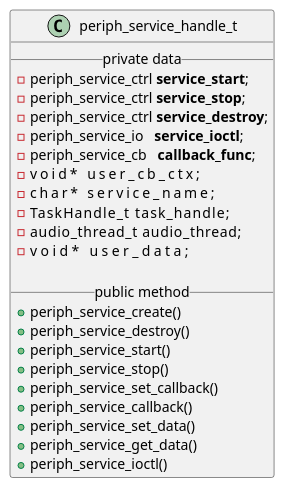
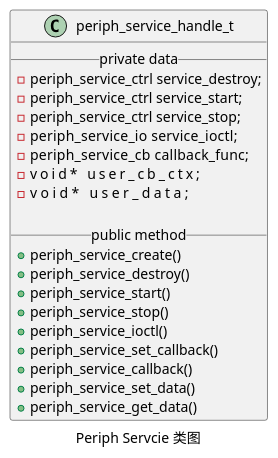
The first of 3 diagrams in docs/inside-dispatcher/periph_service.rst (liangzhu2008/learn-esp-adf), drawn with PlantUML before and after one commit. The commit also changed other lines of this file and 10 other files, not shown here.

Commit message:
为 periph_service 加入类图，序列图，流程说明，及与外设子服务的映射关系

```diff
--- a/docs/inside-dispatcher/periph_service.rst
+++ b/docs/inside-dispatcher/periph_service.rst
@@ -11,26 +26,25 @@
 .. uml::
+
+    caption Periph Servcie 类图
 
     class periph_service_handle_t {
         __ private data __
-        -periph_service_ctrl **service_start**;
-        -periph_service_ctrl **service_stop**;
-        -periph_service_ctrl **service_destroy**;
-        -periph_service_io   **service_ioctl**;
-        -periph_service_cb   **callback_func**;
+        -periph_service_ctrl service_destroy;
+        -periph_service_ctrl service_start;
+        -periph_service_ctrl service_stop;
+        -periph_service_io   service_ioctl;
+        -periph_service_cb   callback_func;
         -void*               user_cb_ctx;
-        -char*               service_name;
-        -TaskHandle_t        task_handle;
-        -audio_thread_t      audio_thread;
         -void*               user_data;
 
         __ public method __
         +periph_service_create()
         +periph_service_destroy()
         +periph_service_start()
         +periph_service_stop()
+        +periph_service_ioctl()
         +periph_service_set_callback()
         +periph_service_callback()
         +periph_service_set_data()
         +periph_service_get_data()
-        +periph_service_ioctl()
     }
```
